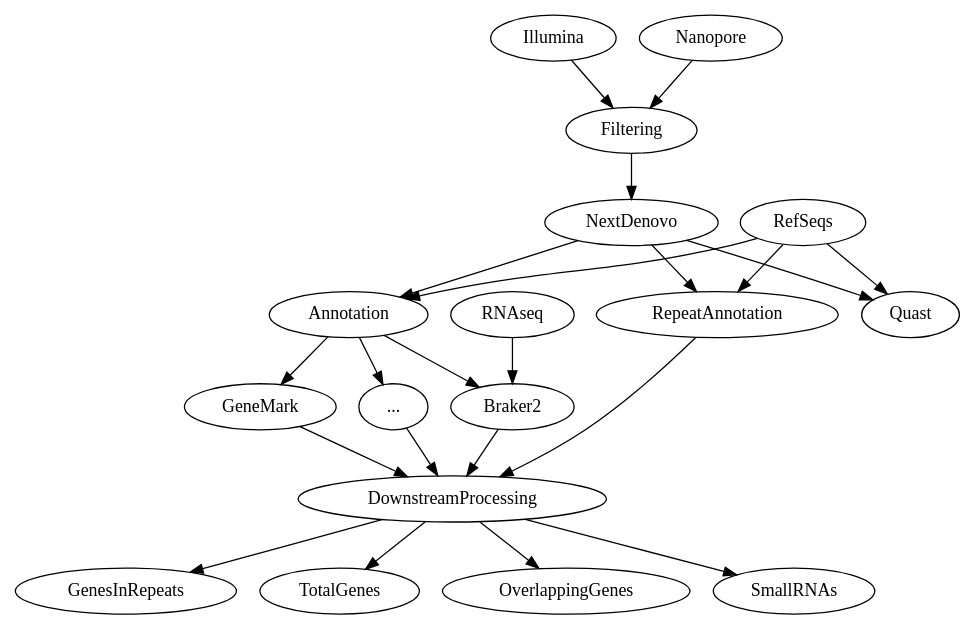
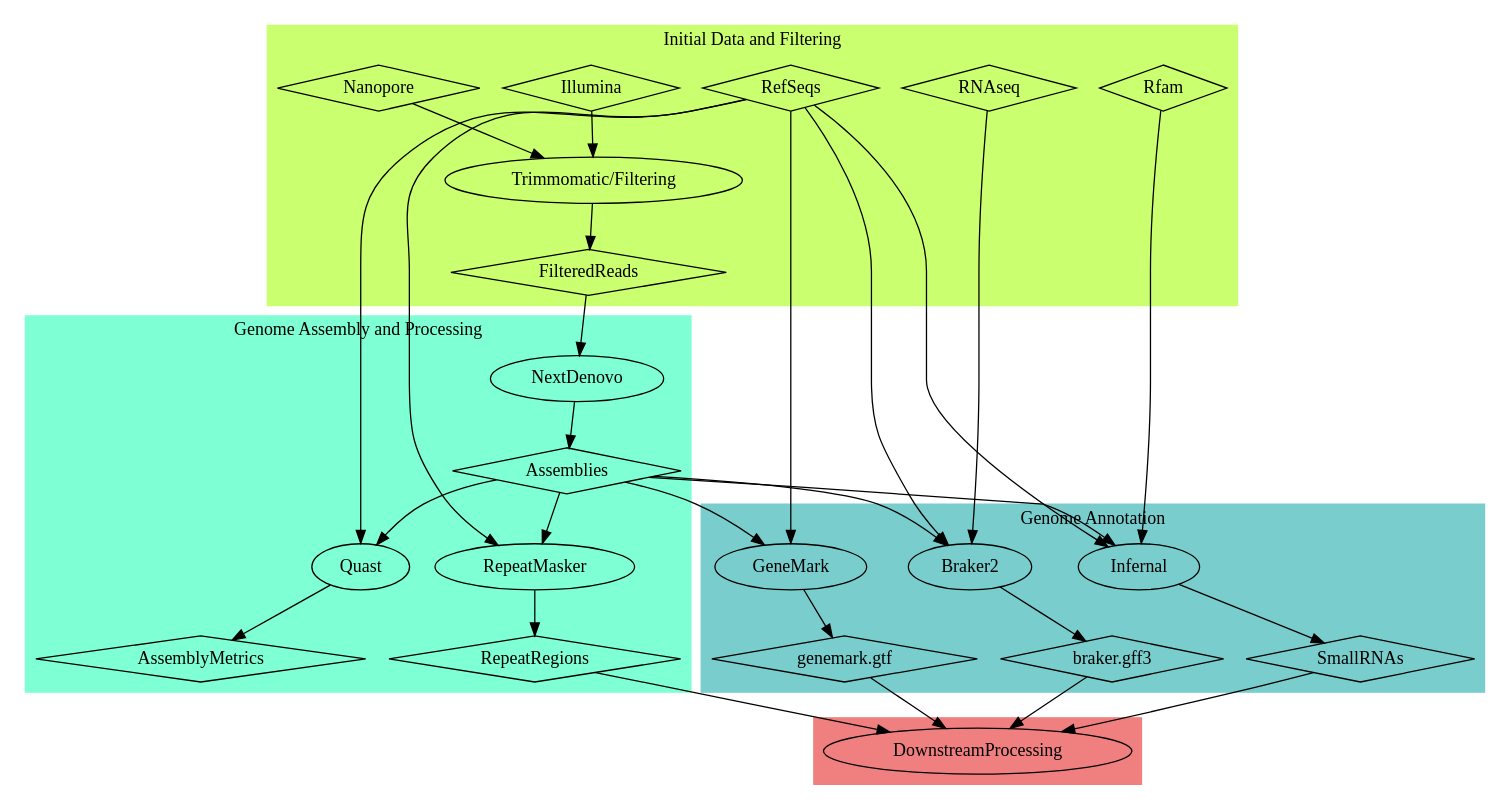
The diagram in data-flowchart.dot (cbe453/masters), drawn with Graphviz before and after one commit. The commit also changed 1 other file, not shown here.

```diff
--- a/data-flowchart.dot
+++ b/data-flowchart.dot
@@ -1,23 +1,67 @@
-digraph {
-	Illumina -> Filtering;
-	Nanopore -> Filtering;
-	Annotation -> Braker2;
-	Annotation -> GeneMark
-	Filtering -> NextDenovo;
-	NextDenovo -> Annotation;
-	RefSeqs -> Annotation;
-	Annotation -> "...";
-	"..." -> DownstreamProcessing;
+digraph G{
+
+	subgraph cluster_0 {
+		 style=filled;
+		 color=darkolivegreen1;	
+		 Illumina [shape = diamond];
+        	 Nanopore [shape = diamond];
+		 Illumina -> "Trimmomatic/Filtering";
+		 Nanopore -> "Trimmomatic/Filtering";
+		 RefSeqs [shape = diamond];
+		 RNAseq [shape = diamond];
+		 Rfam [shape = diamond];
+		 FilteredReads [shape = diamond];
+		 label = "Initial Data and Filtering";
+	}
+
+	subgraph cluster_1 {
+		 style=filled;
+		 color=aquamarine;	
+		 NextDenovo;
+		 RepeatMasker;
+		 AssemblyMetrics [shape = diamond];
+		 Assemblies [shape = diamond];
+		 Assemblies -> Quast;
+		 RepeatRegions [shape = diamond];
+		 label = "Genome Assembly and Processing";
+	}
+
+	subgraph cluster_2 {
+		 style=filled;
+		 color=darkslategray3;
+		 Infernal;
+		 SmallRNAs [shape = diamond];
+		 "genemark.gtf" [shape = diamond];
+		 "braker.gff3" [shape = diamond];
+		 GeneMark -> "genemark.gtf";
+		 Braker2 -> "braker.gff3";
+		 label = "Genome Annotation";
+	}
+
+	subgraph cluster_3 {
+		 style=filled;
+		 color=lightcoral;
+		 DownstreamProcessing;
+	}
+	
+	"Trimmomatic/Filtering" -> FilteredReads;
+	FilteredReads -> NextDenovo;
+	NextDenovo -> Assemblies;
+	Assemblies -> GeneMark;
+	Assemblies -> Braker2;
+	Assemblies -> Infernal;
+	Assemblies -> RepeatMasker;
+	Infernal -> SmallRNAs -> DownstreamProcessing;
+	RefSeqs -> Infernal;
+	RefSeqs -> GeneMark;
+	RefSeqs -> Braker2;
 	RNAseq -> Braker2;
-	RefSeqs -> RepeatAnnotation;
-	NextDenovo -> RepeatAnnotation;
-	GeneMark -> DownstreamProcessing;
-	Braker2 -> DownstreamProcessing;
-	RepeatAnnotation -> DownstreamProcessing;
+	RefSeqs -> RepeatMasker;
+	"genemark.gtf" -> DownstreamProcessing;
+	"braker.gff3" -> DownstreamProcessing;
+	RepeatMasker -> RepeatRegions;
+	RepeatRegions -> DownstreamProcessing;
 	RefSeqs -> Quast;
-	NextDenovo -> Quast;
-	DownstreamProcessing -> GenesInRepeats;
-	DownstreamProcessing -> TotalGenes;
-	DownstreamProcessing -> OverlappingGenes;
-	DownstreamProcessing -> SmallRNAs
+	Quast -> AssemblyMetrics;
+	Rfam -> Infernal;
 }
```
